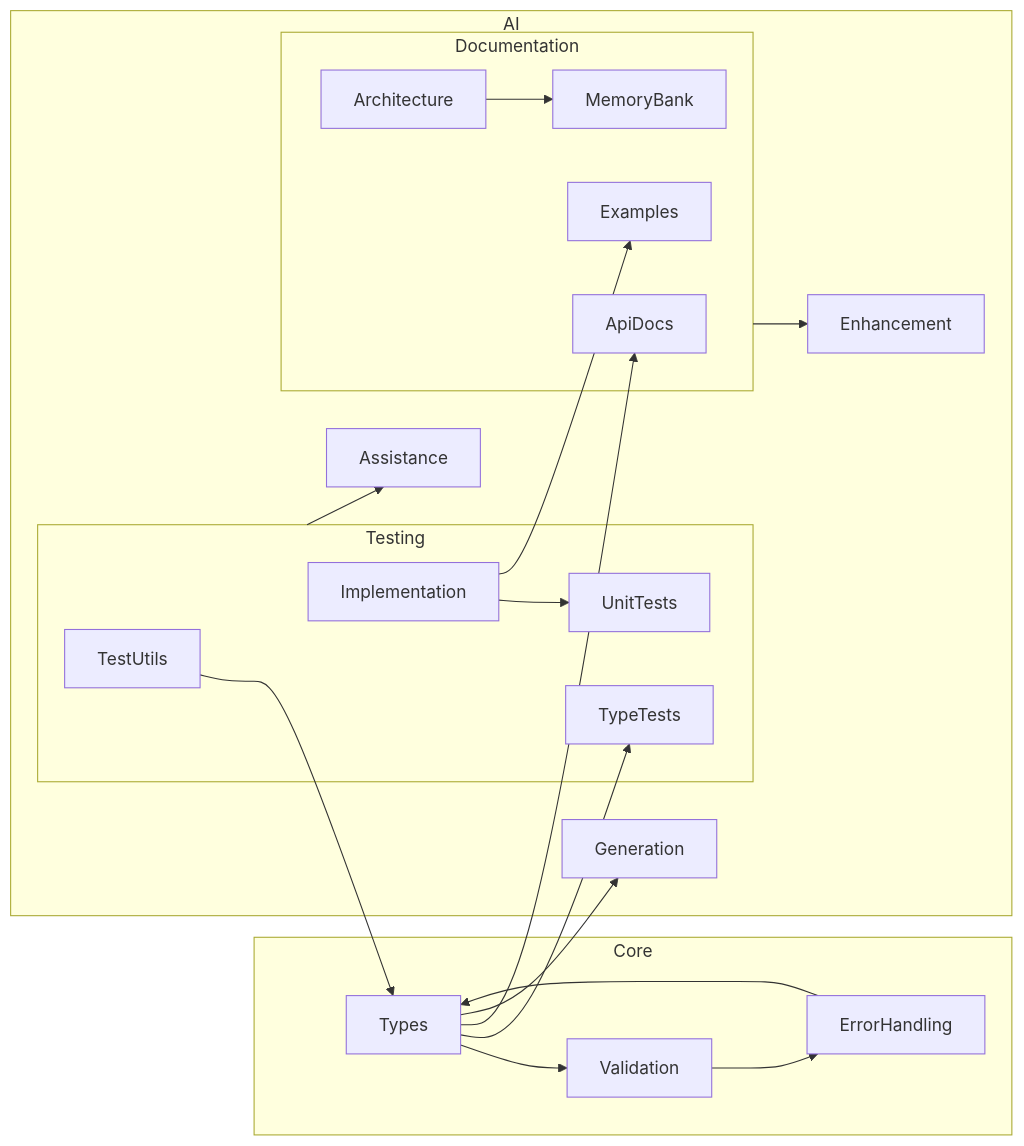
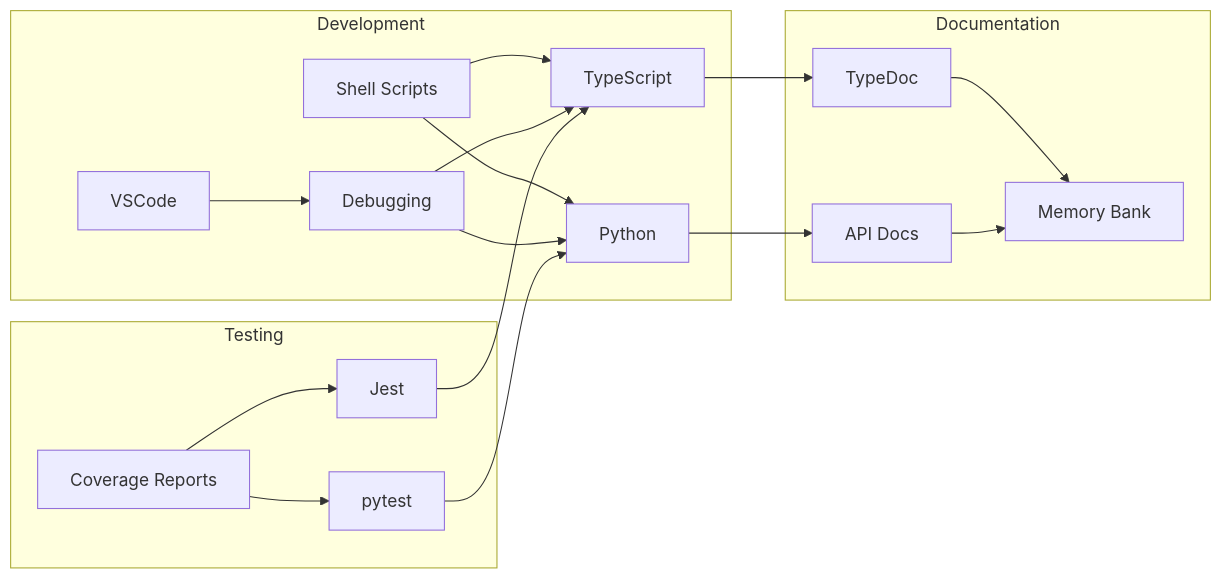
Before and after one commit to Luxcium/stellar-phoenix: the second of 6 diagrams in memory-bank/systemPatterns.md, drawn with Mermaid. The commit also changed other lines of this file and 6 other files, not shown here.

Commit message:
Refactor project documentation and structure; enhance Python integration and testing setup

````diff
--- a/memory-bank/systemPatterns.md
+++ b/memory-bank/systemPatterns.md
@@ -69,26 +73,24 @@
 ```mermaid
 flowchart LR
-    subgraph Core
-        Types --> Validation
-        Validation --> ErrorHandling
-        ErrorHandling --> Types
+    subgraph Development
+        Scripts[Shell Scripts] --> TS[TypeScript]
+        Scripts --> PY[Python]
+        VS[VSCode] --> Debug[Debugging]
+        Debug --> TS
+        Debug --> PY
     end
 
     subgraph Testing
-        TestUtils --> Types
-        Types --> TypeTests
-        Implementation --> UnitTests
+        TS_Test[Jest] --> TS
+        PY_Test[pytest] --> PY
+        Coverage[Coverage Reports] --> TS_Test
+        Coverage --> PY_Test
     end
 
     subgraph Documentation
-        Types --> ApiDocs
-        Implementation --> Examples
-        Architecture --> MemoryBank
-    end
-
-    subgraph AI
-        Types --> Generation
-        Testing --> Assistance
-        Documentation --> Enhancement
+        TS --> TS_Docs[TypeDoc]
+        PY --> PY_Docs[API Docs]
+        TS_Docs --> MB[Memory Bank]
+        PY_Docs --> MB
     end
 ```
````
